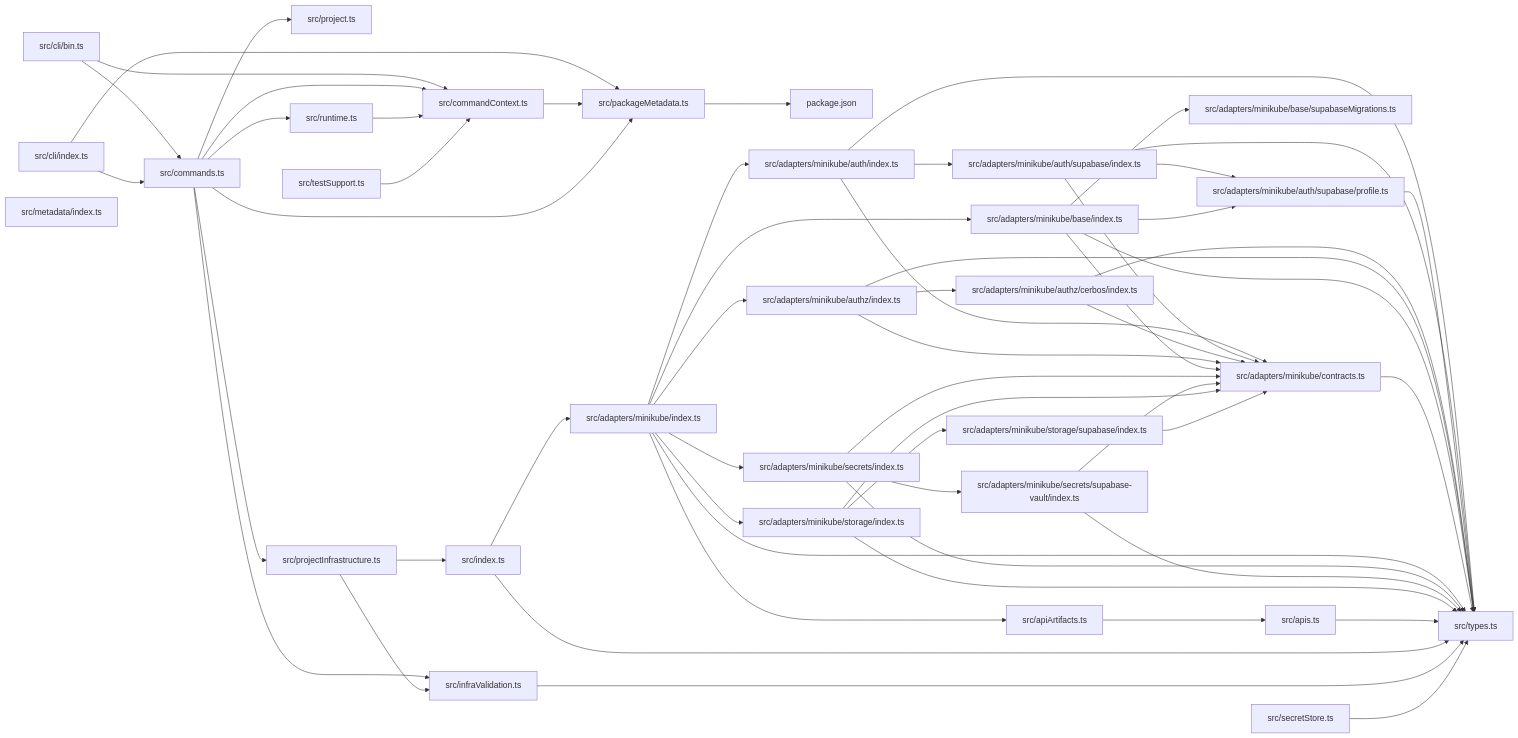
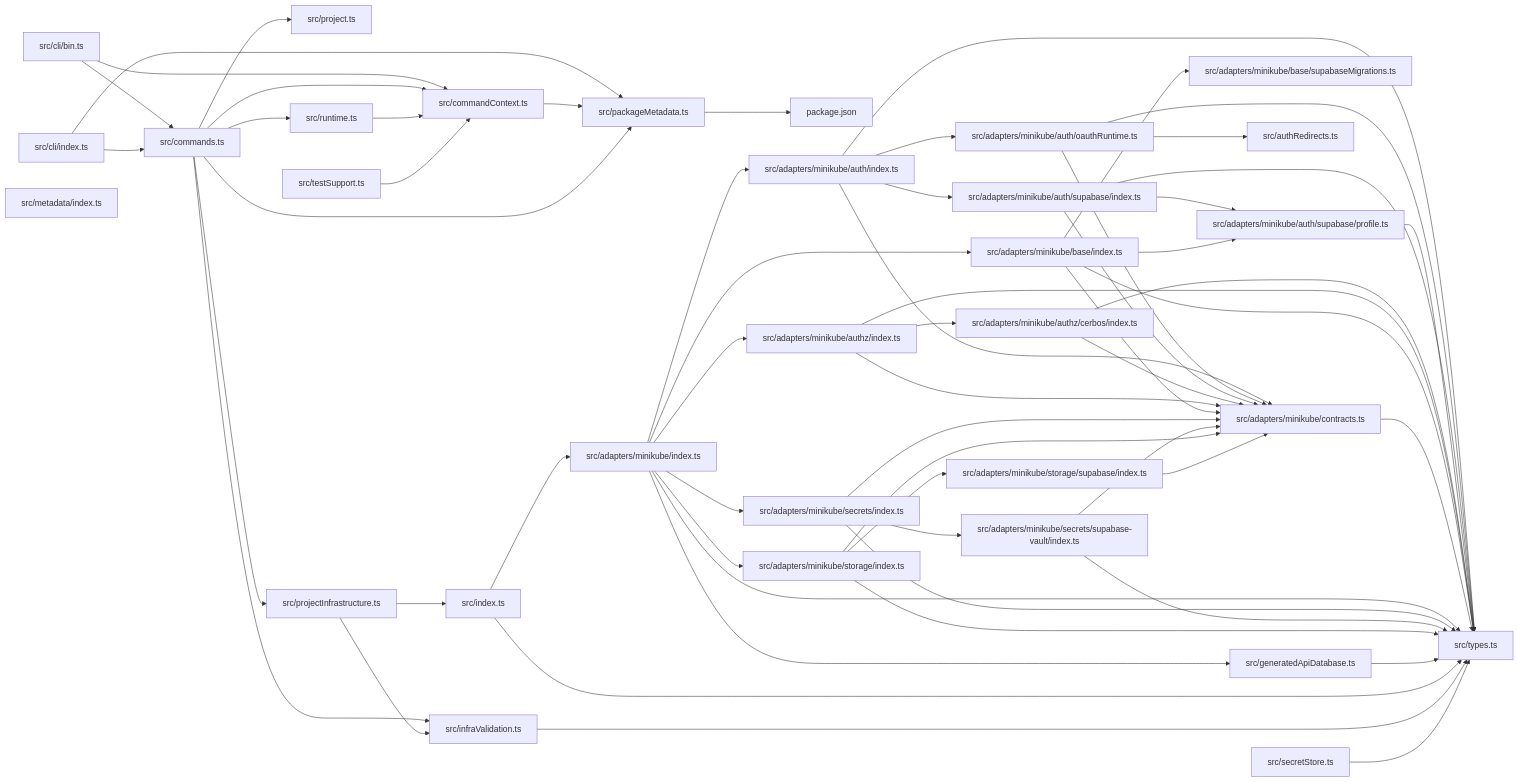
One commit to ankhorage/infra changed the diagram in paradox/diagrams/module-relationships.mmd. Above: the diagram before and after it, drawn with Mermaid. The commit also changed 9 other files, not shown here.

```diff
--- a/paradox/diagrams/module-relationships.mmd
+++ b/paradox/diagrams/module-relationships.mmd
@@ -1,86 +1,90 @@
 graph LR
   module_package_json["package.json"]
   module_src_adapters_minikube_auth_index_ts["src/adapters/minikube/auth/index.ts"]
+  module_src_adapters_minikube_auth_oauthRuntime_ts["src/adapters/minikube/auth/oauthRuntime.ts"]
   module_src_adapters_minikube_auth_supabase_index_ts["src/adapters/minikube/auth/supabase/index.ts"]
   module_src_adapters_minikube_auth_supabase_profile_ts["src/adapters/minikube/auth/supabase/profile.ts"]
   module_src_adapters_minikube_authz_cerbos_index_ts["src/adapters/minikube/authz/cerbos/index.ts"]
   module_src_adapters_minikube_authz_index_ts["src/adapters/minikube/authz/index.ts"]
   module_src_adapters_minikube_base_index_ts["src/adapters/minikube/base/index.ts"]
   module_src_adapters_minikube_base_supabaseMigrations_ts["src/adapters/minikube/base/supabaseMigrations.ts"]
   module_src_adapters_minikube_contracts_ts["src/adapters/minikube/contracts.ts"]
   module_src_adapters_minikube_index_ts["src/adapters/minikube/index.ts"]
   module_src_adapters_minikube_secrets_index_ts["src/adapters/minikube/secrets/index.ts"]
   module_src_adapters_minikube_secrets_supabase_vault_index_ts["src/adapters/minikube/secrets/supabase-vault/index.ts"]
   module_src_adapters_minikube_storage_index_ts["src/adapters/minikube/storage/index.ts"]
   module_src_adapters_minikube_storage_supabase_index_ts["src/adapters/minikube/storage/supabase/index.ts"]
-  module_src_apiArtifacts_ts["src/apiArtifacts.ts"]
-  module_src_apis_ts["src/apis.ts"]
+  module_src_authRedirects_ts["src/authRedirects.ts"]
   module_src_cli_bin_ts["src/cli/bin.ts"]
   module_src_cli_index_ts["src/cli/index.ts"]
   module_src_commandContext_ts["src/commandContext.ts"]
   module_src_commands_ts["src/commands.ts"]
+  module_src_generatedApiDatabase_ts["src/generatedApiDatabase.ts"]
   module_src_index_ts["src/index.ts"]
   module_src_infraValidation_ts["src/infraValidation.ts"]
   module_src_metadata_index_ts["src/metadata/index.ts"]
   module_src_packageMetadata_ts["src/packageMetadata.ts"]
   module_src_project_ts["src/project.ts"]
   module_src_projectInfrastructure_ts["src/projectInfrastructure.ts"]
   module_src_runtime_ts["src/runtime.ts"]
   module_src_secretStore_ts["src/secretStore.ts"]
   module_src_testSupport_ts["src/testSupport.ts"]
   module_src_types_ts["src/types.ts"]
+  module_src_adapters_minikube_auth_index_ts --> module_src_adapters_minikube_auth_oauthRuntime_ts
   module_src_adapters_minikube_auth_index_ts --> module_src_adapters_minikube_auth_supabase_index_ts
   module_src_adapters_minikube_auth_index_ts --> module_src_adapters_minikube_contracts_ts
   module_src_adapters_minikube_auth_index_ts --> module_src_types_ts
+  module_src_adapters_minikube_auth_oauthRuntime_ts --> module_src_adapters_minikube_contracts_ts
+  module_src_adapters_minikube_auth_oauthRuntime_ts --> module_src_authRedirects_ts
+  module_src_adapters_minikube_auth_oauthRuntime_ts --> module_src_types_ts
   module_src_adapters_minikube_auth_supabase_index_ts --> module_src_adapters_minikube_auth_supabase_profile_ts
   module_src_adapters_minikube_auth_supabase_index_ts --> module_src_adapters_minikube_contracts_ts
   module_src_adapters_minikube_auth_supabase_index_ts --> module_src_types_ts
   module_src_adapters_minikube_auth_supabase_profile_ts --> module_src_types_ts
   module_src_adapters_minikube_authz_cerbos_index_ts --> module_src_adapters_minikube_contracts_ts
   module_src_adapters_minikube_authz_cerbos_index_ts --> module_src_types_ts
   module_src_adapters_minikube_authz_index_ts --> module_src_adapters_minikube_authz_cerbos_index_ts
   module_src_adapters_minikube_authz_index_ts --> module_src_adapters_minikube_contracts_ts
   module_src_adapters_minikube_authz_index_ts --> module_src_types_ts
   module_src_adapters_minikube_base_index_ts --> module_src_adapters_minikube_auth_supabase_profile_ts
   module_src_adapters_minikube_base_index_ts --> module_src_adapters_minikube_base_supabaseMigrations_ts
   module_src_adapters_minikube_base_index_ts --> module_src_adapters_minikube_contracts_ts
   module_src_adapters_minikube_base_index_ts --> module_src_types_ts
   module_src_adapters_minikube_contracts_ts --> module_src_types_ts
   module_src_adapters_minikube_index_ts --> module_src_adapters_minikube_auth_index_ts
   module_src_adapters_minikube_index_ts --> module_src_adapters_minikube_authz_index_ts
   module_src_adapters_minikube_index_ts --> module_src_adapters_minikube_base_index_ts
   module_src_adapters_minikube_index_ts --> module_src_adapters_minikube_secrets_index_ts
   module_src_adapters_minikube_index_ts --> module_src_adapters_minikube_storage_index_ts
-  module_src_adapters_minikube_index_ts --> module_src_apiArtifacts_ts
+  module_src_adapters_minikube_index_ts --> module_src_generatedApiDatabase_ts
   module_src_adapters_minikube_index_ts --> module_src_types_ts
   module_src_adapters_minikube_secrets_index_ts --> module_src_adapters_minikube_contracts_ts
   module_src_adapters_minikube_secrets_index_ts --> module_src_adapters_minikube_secrets_supabase_vault_index_ts
   module_src_adapters_minikube_secrets_index_ts --> module_src_types_ts
   module_src_adapters_minikube_secrets_supabase_vault_index_ts --> module_src_adapters_minikube_contracts_ts
   module_src_adapters_minikube_secrets_supabase_vault_index_ts --> module_src_types_ts
   module_src_adapters_minikube_storage_index_ts --> module_src_adapters_minikube_contracts_ts
   module_src_adapters_minikube_storage_index_ts --> module_src_adapters_minikube_storage_supabase_index_ts
   module_src_adapters_minikube_storage_index_ts --> module_src_types_ts
   module_src_adapters_minikube_storage_supabase_index_ts --> module_src_adapters_minikube_contracts_ts
-  module_src_apiArtifacts_ts --> module_src_apis_ts
-  module_src_apis_ts --> module_src_types_ts
   module_src_cli_bin_ts --> module_src_commandContext_ts
   module_src_cli_bin_ts --> module_src_commands_ts
   module_src_cli_index_ts --> module_src_commands_ts
   module_src_cli_index_ts --> module_src_packageMetadata_ts
   module_src_commandContext_ts --> module_src_packageMetadata_ts
   module_src_commands_ts --> module_src_commandContext_ts
   module_src_commands_ts --> module_src_infraValidation_ts
   module_src_commands_ts --> module_src_packageMetadata_ts
   module_src_commands_ts --> module_src_project_ts
   module_src_commands_ts --> module_src_projectInfrastructure_ts
   module_src_commands_ts --> module_src_runtime_ts
+  module_src_generatedApiDatabase_ts --> module_src_types_ts
   module_src_index_ts --> module_src_adapters_minikube_index_ts
   module_src_index_ts --> module_src_types_ts
   module_src_infraValidation_ts --> module_src_types_ts
   module_src_packageMetadata_ts --> module_package_json
   module_src_projectInfrastructure_ts --> module_src_index_ts
   module_src_projectInfrastructure_ts --> module_src_infraValidation_ts
   module_src_runtime_ts --> module_src_commandContext_ts
   module_src_secretStore_ts --> module_src_types_ts
   module_src_testSupport_ts --> module_src_commandContext_ts
```
